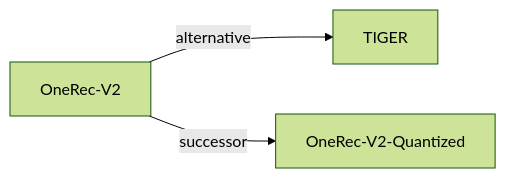
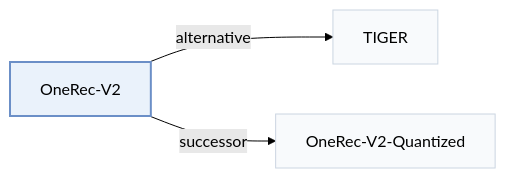
Before and after one commit to Galaxy-ghost/Awesome-SID-Generative-Rec: the second of 2 diagrams in pages/papers/onerec-v2.md, drawn with Mermaid (forest theme). The commit also changed other lines of this file and 649 other files, not shown here.

Commit message:
writer-05: also tags and modality index (schema, check, build, visuals); summary field removed; calibration data for 12 papers

````diff
--- a/pages/papers/onerec-v2.md
+++ b/pages/papers/onerec-v2.md
@@ -67,6 +74,10 @@
 ```mermaid
 flowchart LR
     P["OneRec-V2"]
-    P -->|alternative| A["TIGER"]
-    P -->|successor| B["OneRec-V2-Quantized"]
+    P -->|"alternative"| A["TIGER"]
+    P -->|"successor"| B["OneRec-V2-Quantized"]
+    classDef main fill:#eaf2fb,stroke:#6b8fc7,stroke-width:2px
+    classDef peer fill:#f8fafc,stroke:#cbd5e1
+    class P main
+    class A,B peer
 ```
````
